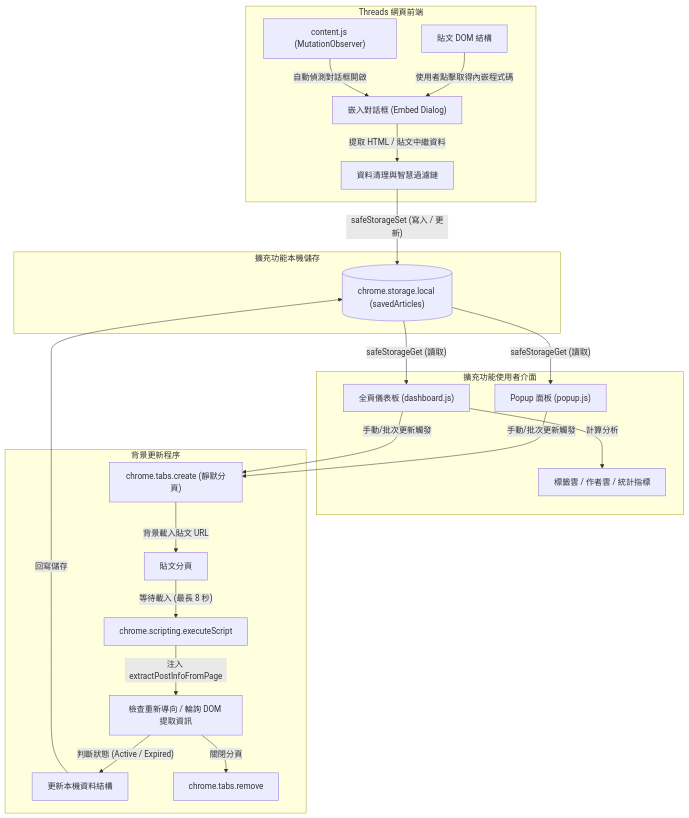
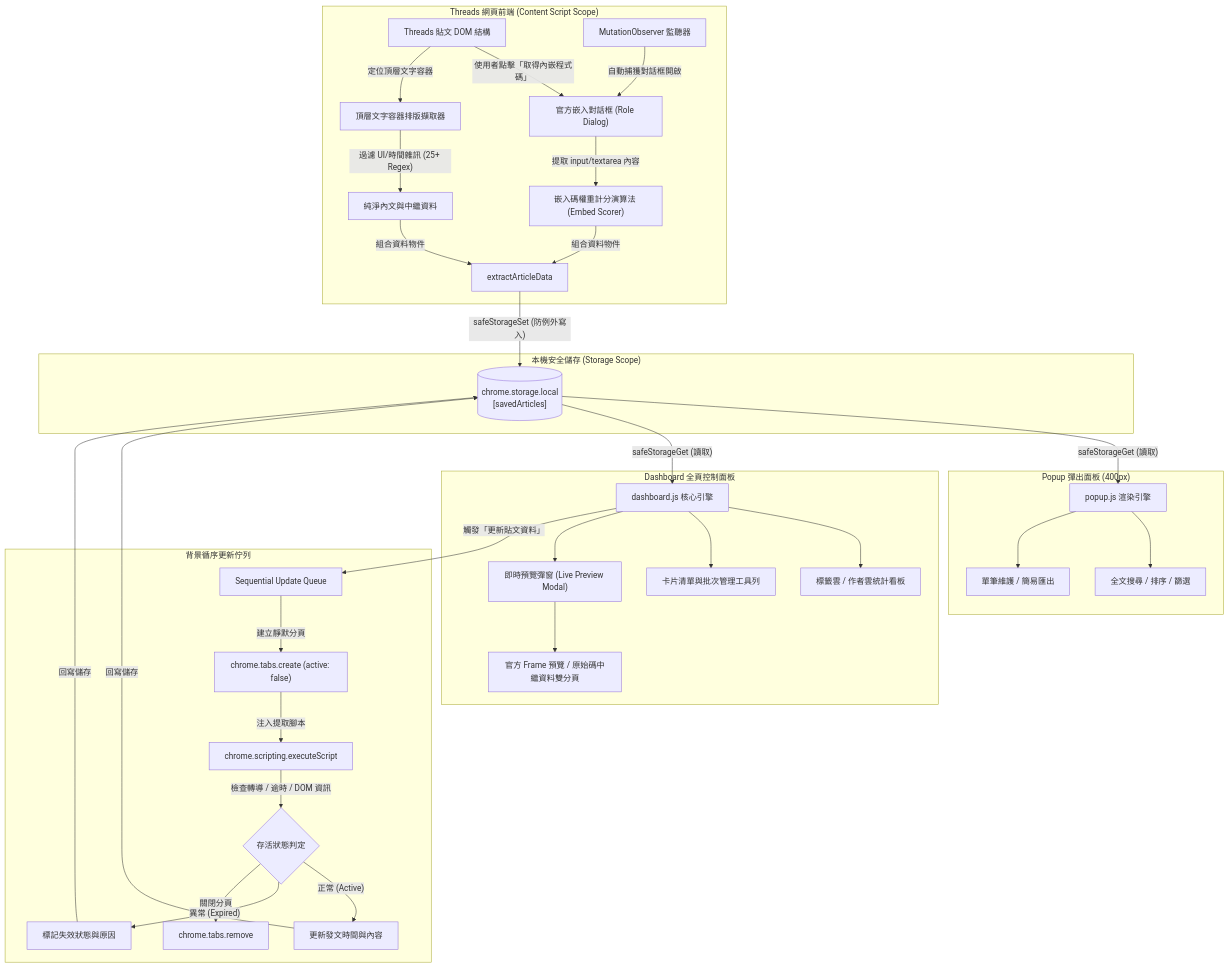
Before and after one commit to Scorpio-meow/Threads-embedded-code: the first of 3 diagrams in README.md, drawn with Mermaid. The commit also changed other lines of this file and 5 other files, not shown here.

````diff
--- a/README.md
+++ b/README.md
@@ -146,29 +288,40 @@
 ```mermaid
 flowchart TD
-    subgraph ThreadsPage["Threads 網頁前端"]
-        A["貼文 DOM 結構"] -->|"使用者點擊取得內嵌程式碼"| B["嵌入對話框 (Embed Dialog)"]
-        C["content.js (MutationObserver)"] -->|"自動偵測對話框開啟"| B
-        B -->|"提取 HTML / 貼文中繼資料"| D["資料清理與智慧過濾鏈"]
+    subgraph ClientThreadsPage["Threads 網頁前端 (Content Script Scope)"]
+        A["Threads 貼文 DOM 結構"] -->|"使用者點擊「取得內嵌程式碼」"| B["官方嵌入對話框 (Role Dialog)"]
+        C["MutationObserver 監聽器"] -->|"自動捕獲對話框開啟"| B
+        B -->|"提取 input/textarea 內容"| D["嵌入碼權重計分演算法 (Embed Scorer)"]
+        A -->|"定位頂層文字容器"| E["頂層文字容器排版擷取器"]
+        E -->|"過濾 UI/時間雜訊 (25+ Regex)"| F["純淨內文與中繼資料"]
+        D & F -->|"組合資料物件"| G["extractArticleData"]
     end
 
-    subgraph Storage["擴充功能本機儲存"]
-        D -->|"safeStorageSet (寫入 / 更新)"| E[("chrome.storage.local (savedArticles)")]
+    subgraph LocalDatabase["本機安全儲存 (Storage Scope)"]
+        G -->|"safeStorageSet (防例外寫入)"| H[("chrome.storage.local\n[savedArticles]")]
     end
 
-    subgraph UserInterface["擴充功能使用者介面"]
-        E -->|"safeStorageGet (讀取)"| F["Popup 面板 (popup.js)"]
-        E -->|"safeStorageGet (讀取)"| G["全頁儀表板 (dashboard.js)"]
-        G -->|"計算分析"| G1["標籤雲 / 作者雲 / 統計指標"]
+    subgraph PopupView["Popup 彈出面板 (400px)"]
+        H -->|"safeStorageGet (讀取)"| I["popup.js 渲染引擎"]
+        I --> J["全文搜尋 / 排序 / 篩選"]
+        I --> K["單筆維護 / 簡易匯出"]
     end
 
-    subgraph BackgroundProcess["背景更新程序"]
-        F -->|"手動/批次更新觸發"| H["chrome.tabs.create (靜默分頁)"]
-        G -->|"手動/批次更新觸發"| H
-        H -->|"背景載入貼文 URL"| I["貼文分頁"]
-        I -->|"等待載入 (最長 8 秒)"| J["chrome.scripting.executeScript"]
-        J -->|"注入 extractPostInfoFromPage"| K["檢查重新導向 / 輪詢 DOM 提取資訊"]
-        K -->|"判斷狀態 (Active / Expired)"| L["更新本機資料結構"]
-        L -->|"回寫儲存"| E
-        K -->|"關閉分頁"| M["chrome.tabs.remove"]
+    subgraph DashboardView["Dashboard 全頁控制面板"]
+        H -->|"safeStorageGet (讀取)"| L["dashboard.js 核心引擎"]
+        L --> M["標籤雲 / 作者雲統計看板"]
+        L --> N["卡片清單與批次管理工具列"]
+        L --> O["即時預覽彈窗 (Live Preview Modal)"]
+        O --> P["官方 Frame 預覽 / 原始碼中繼資料雙分頁"]
+    end
+
+    subgraph BackgroundQueue["背景循序更新佇列"]
+        L -->|"觸發「更新貼文資料」"| Q["Sequential Update Queue"]
+        Q -->|"建立靜默分頁"| R["chrome.tabs.create (active: false)"]
+        R -->|"注入提取腳本"| S["chrome.scripting.executeScript"]
+        S -->|"檢查轉導 / 逾時 / DOM 資訊"| T{"存活狀態判定"}
+        T -->|"正常 (Active)"| U["更新發文時間與內容"]
+        T -->|"異常 (Expired)"| V["標記失效狀態與原因"]
+        U & V -->|"回寫儲存"| H
+        T -->|"關閉分頁"| W["chrome.tabs.remove"]
     end
 ```
````
